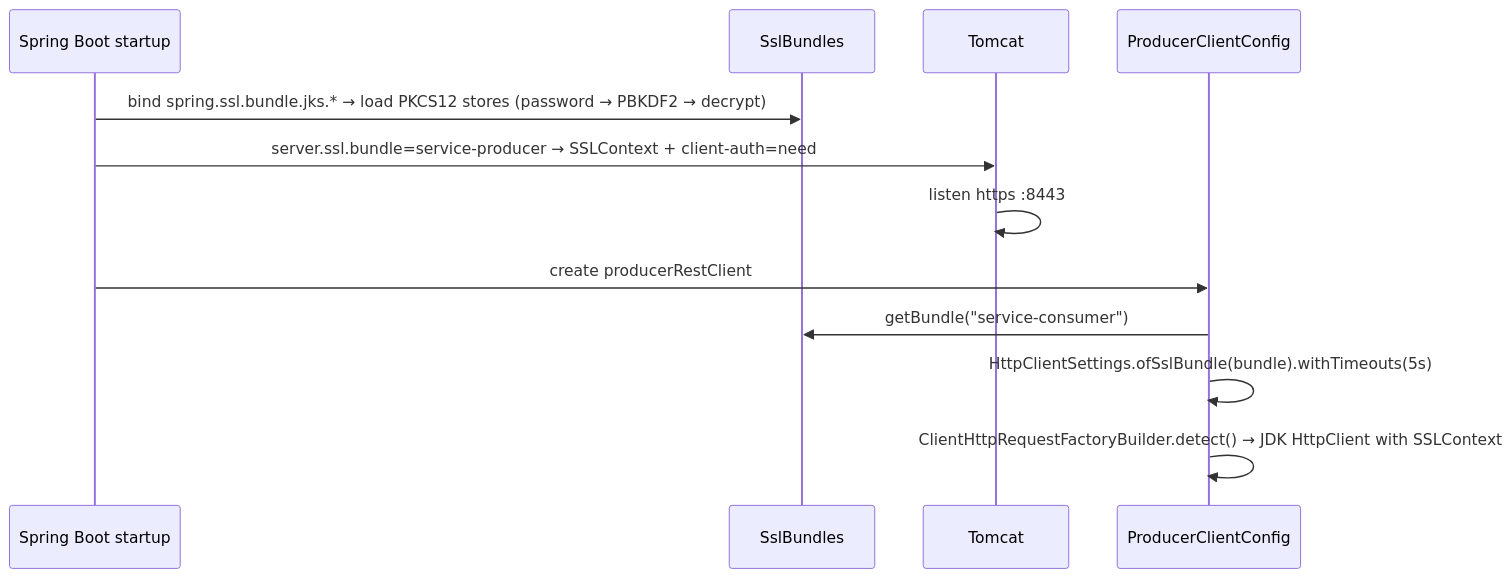
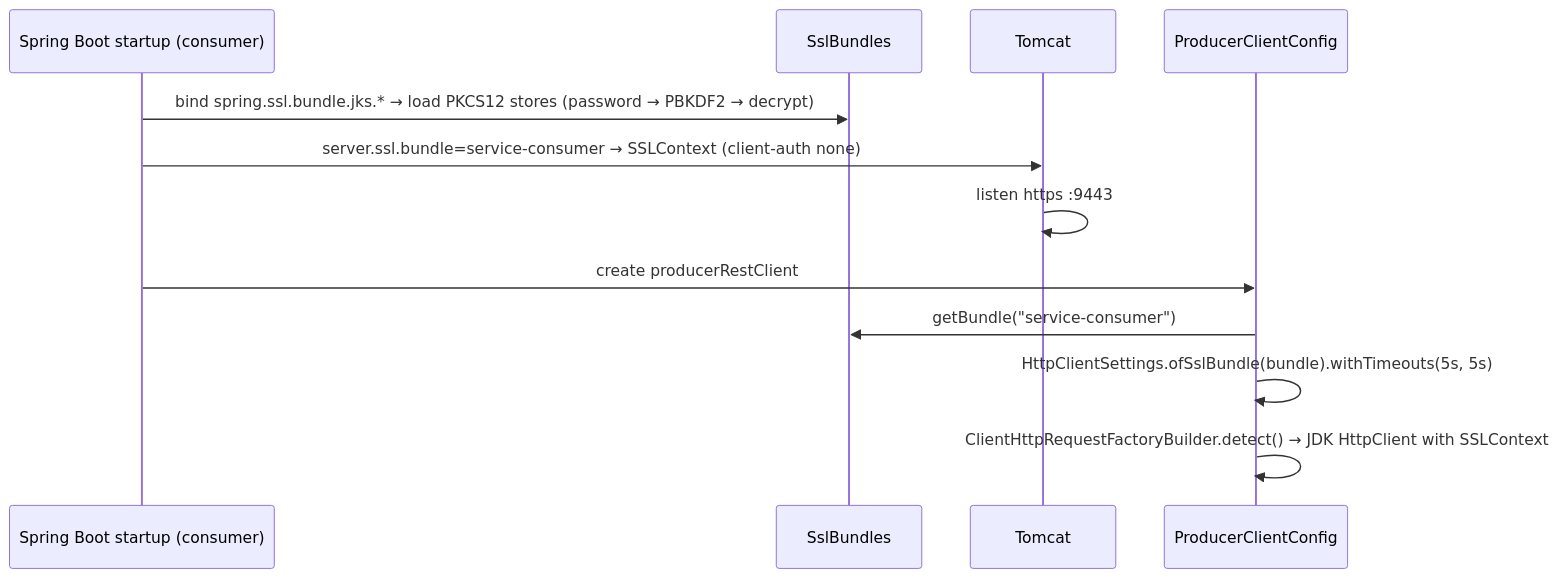
Diagram 21 of 23 in README.md (himnay/learning-mtls), drawn with Mermaid before and after one commit. The commit also changed other lines of this file and 2 other files, not shown here.

````diff
--- a/README.md
+++ b/README.md
@@ -821,14 +849,14 @@
 ```mermaid
 sequenceDiagram
-    participant Boot as Spring Boot startup
+    participant Boot as Spring Boot startup (consumer)
     participant Reg as SslBundles
     participant Tom as Tomcat
     participant RC as ProducerClientConfig
     Boot->>Reg: bind spring.ssl.bundle.jks.* → load PKCS12 stores (password → PBKDF2 → decrypt)
-    Boot->>Tom: server.ssl.bundle=service-producer → SSLContext + client-auth=need
-    Tom->>Tom: listen https :8443
+    Boot->>Tom: server.ssl.bundle=service-consumer → SSLContext (client-auth none)
+    Tom->>Tom: listen https :9443
     Boot->>RC: create producerRestClient
     RC->>Reg: getBundle("service-consumer")
-    RC->>RC: HttpClientSettings.ofSslBundle(bundle).withTimeouts(5s)
+    RC->>RC: HttpClientSettings.ofSslBundle(bundle).withTimeouts(5s, 5s)
     RC->>RC: ClientHttpRequestFactoryBuilder.detect() → JDK HttpClient with SSLContext
 ```
````
